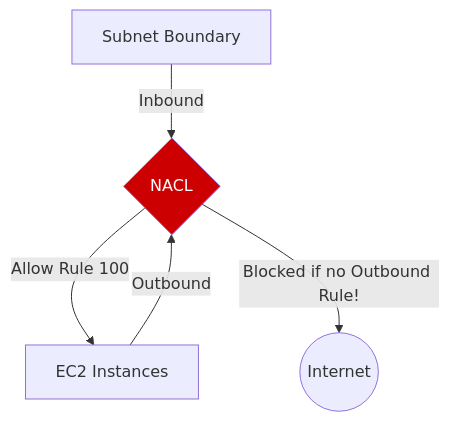
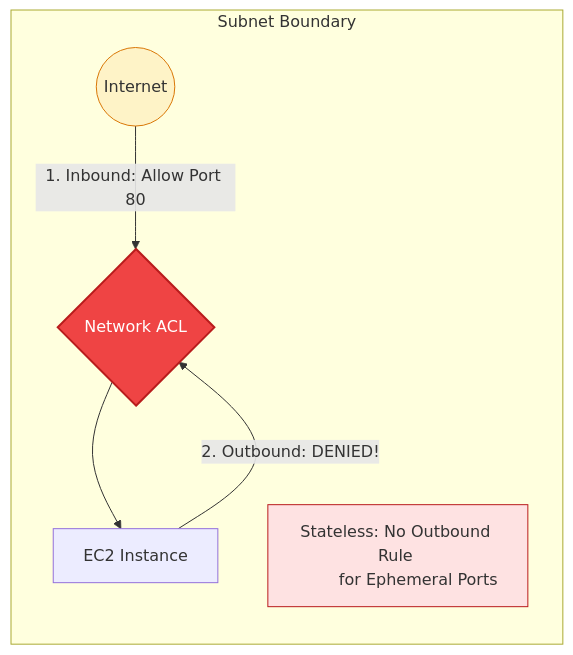
The diagram in 2-Intermediate/01-Phase-1/01-Networking/05-Network-Security-NACLs-SGs/02-Network-ACLs-Stateless/README.md (Ganil151/Devops), drawn with Mermaid before and after one commit. The commit also changed other lines of this file and 51 other files, not shown here.

````diff
--- a/2-Intermediate/01-Phase-1/01-Networking/05-Network-Security-NACLs-SGs/02-Network-ACLs-Stateless/README.md
+++ b/2-Intermediate/01-Phase-1/01-Networking/05-Network-Security-NACLs-SGs/02-Network-ACLs-Stateless/README.md
@@ -9,10 +5,19 @@
 ```mermaid
 graph TD
-    Subnet[Subnet Boundary] -- Inbound --> NACL{NACL}
-    NACL -- Allow Rule 100 --> Instances[EC2 Instances]
+    subgraph Subnet_A[Subnet Boundary]
+        direction TB
+        NACL{Network ACL}
+        Instance[EC2 Instance]
+        
+        Internet((Internet)) -->|1. Inbound: Allow Port 80| NACL
+        NACL --> Instance
+        Instance -->|2. Outbound: DENIED!| NACL
+        
+        Note_1[Stateless: No Outbound Rule 
+        for Ephemeral Ports]
+    end
 
-Instances -- Outbound --> NACL
-    NACL -- Blocked if no Outbound Rule! --> Internet((Internet))
-
-style NACL fill:#cc0000,color:#fff
+    style NACL fill:#ef4444,stroke:#b91c1c,stroke-width:2px,color:#fff
+    style Internet fill:#fef3c7,stroke:#d97706
+    style Note_1 fill:#fee2e2,stroke:#b91c1c
 ```
````
